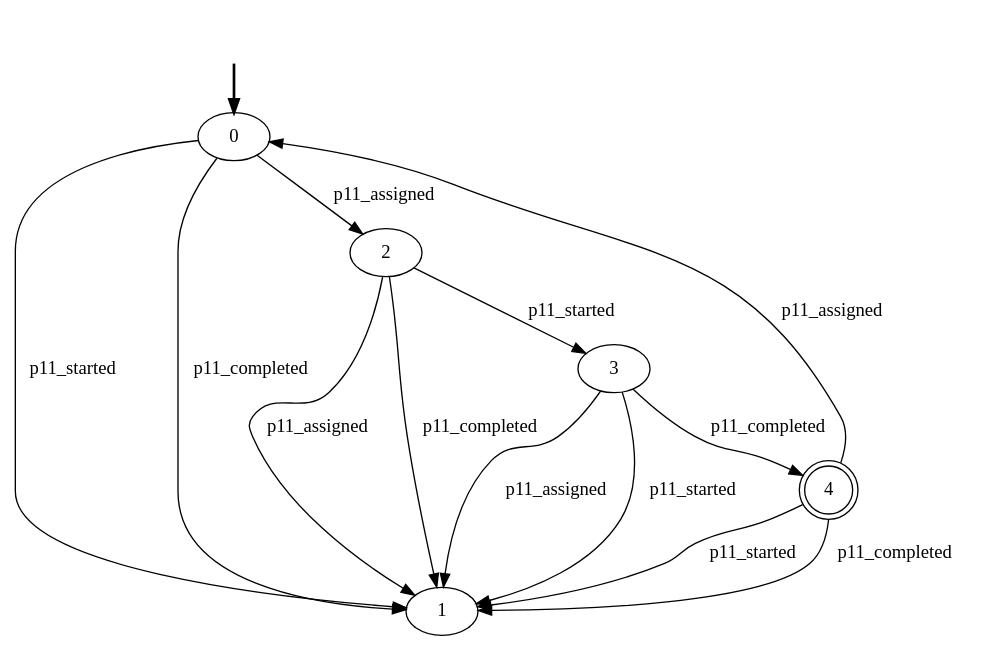
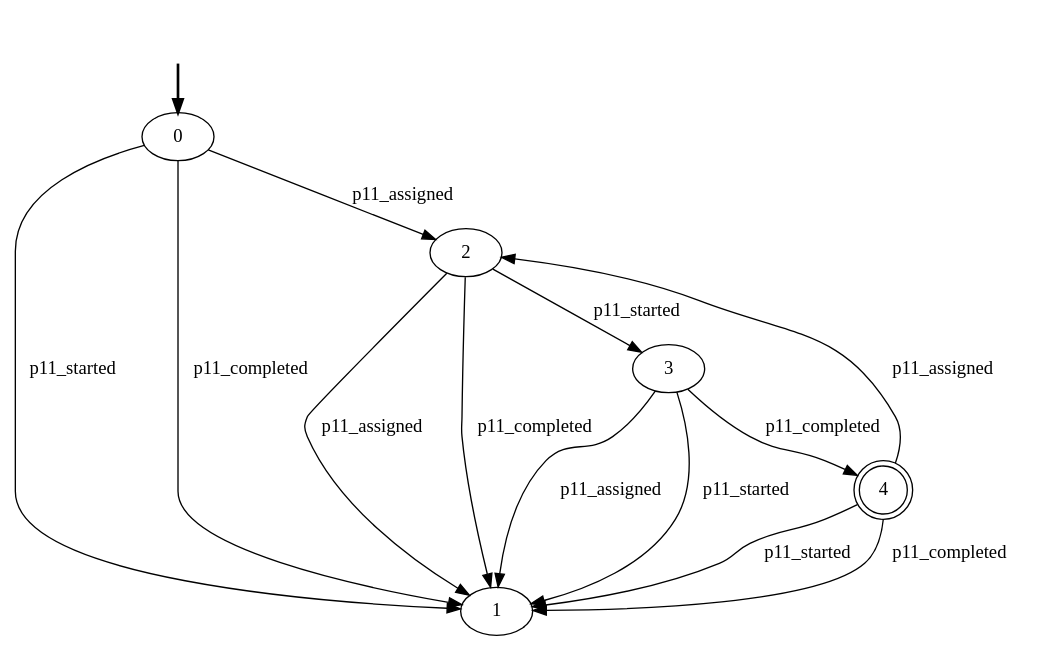
The diagram in out/production/Aligner/declarative-models/Data-Aware/5-CONSTRAINTS/p11_lifecycle.dot (GianmarcoBordin/pddlTranslator), drawn with Graphviz before and after one commit. The commit also changed 78 other files, not shown here.

```diff
--- a/out/production/Aligner/declarative-models/Data-Aware/5-CONSTRAINTS/p11_lifecycle.dot
+++ b/out/production/Aligner/declarative-models/Data-Aware/5-CONSTRAINTS/p11_lifecycle.dot
@@ -1,21 +1,21 @@
 digraph {
-  fake0 [style=invisible]
-  0 [root=true]
-  2
-  3
-  4 [shape=doublecircle]
-  1
-  fake0 -> 0 [style=bold]
-  0 -> 2 [label=p11_assigned]
-  2 -> 3 [label=p11_started]
-  3 -> 4 [label=p11_completed]
-  4 -> 0 [label=p11_assigned]
-  3 -> 1 [label=p11_assigned]
-  3 -> 1 [label=p11_started]
-  4 -> 1 [label=p11_started]
-  4 -> 1 [label=p11_completed]
-  2 -> 1 [label=p11_assigned]
-  2 -> 1 [label=p11_completed]
-  0 -> 1 [label=p11_started]
-  0 -> 1 [label=p11_completed]
+		fake0 [style=invisible]
+		0 [root=true]
+		1
+		2
+		3
+		4 [shape=doublecircle]
+		fake0 -> 0 [style=bold]
+		2 -> 1 [label=p11_assigned]
+		2 -> 3 [label=p11_started]
+		2 -> 1 [label=p11_completed]
+		3 -> 1 [label=p11_assigned]
+		3 -> 1 [label=p11_started]
+		3 -> 4 [label=p11_completed]
+		4 -> 2 [label=p11_assigned]
+		4 -> 1 [label=p11_started]
+		4 -> 1 [label=p11_completed]
+		0 -> 2 [label=p11_assigned]
+		0 -> 1 [label=p11_started]
+		0 -> 1 [label=p11_completed]
 }
```
